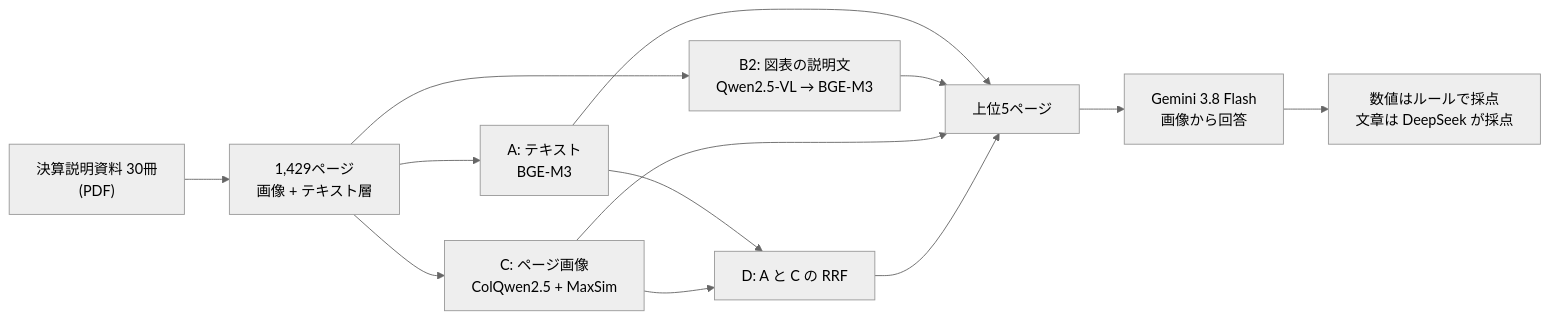
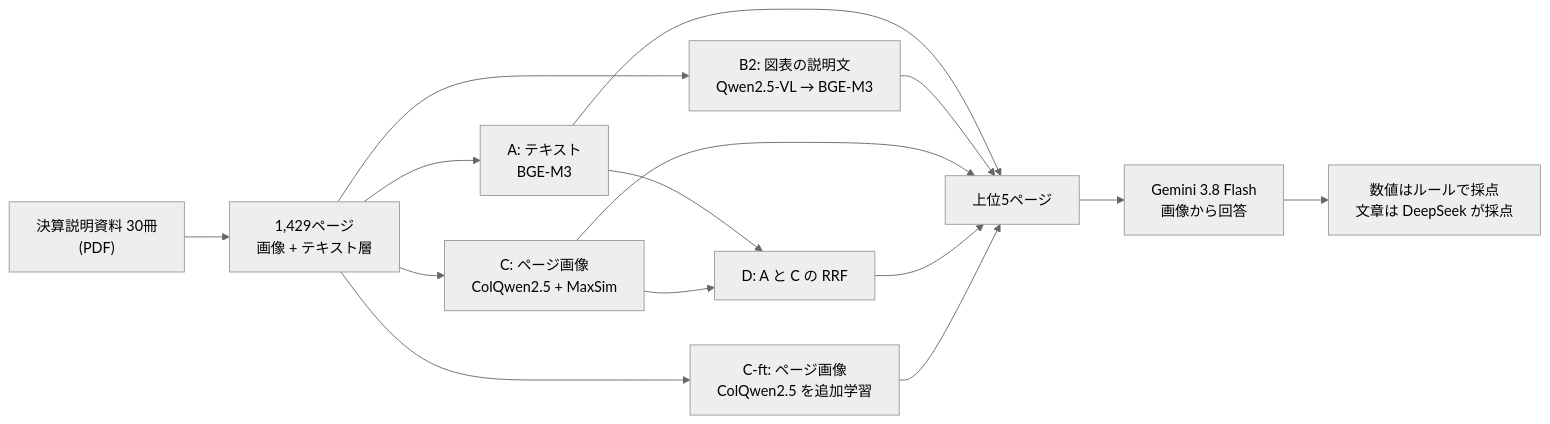
The diagram in README.ja.md (Rimcat-JA/multimodal-rag), drawn with Mermaid (neutral theme) before and after one commit. The commit also changed other lines of this file and 15 other files, not shown here.

````diff
--- a/README.ja.md
+++ b/README.ja.md
@@ -14,12 +15,13 @@
 ```mermaid
 flowchart LR
     pdf["決算説明資料 30冊<br/>(PDF)"] --> pages["1,429ページ<br/>画像 + テキスト層"]
     pages --> A["A: テキスト<br/>BGE-M3"]
     pages --> B2["B2: 図表の説明文<br/>Qwen2.5-VL → BGE-M3"]
     pages --> C["C: ページ画像<br/>ColQwen2.5 + MaxSim"]
+    pages --> Cft["C-ft: ページ画像<br/>ColQwen2.5 を追加学習"]
     A --> D["D: A と C の RRF"]
     C --> D
-    A & B2 & C & D --> top["上位5ページ"]
+    A & B2 & C & D & Cft --> top["上位5ページ"]
     top --> gen["Gemini 3.8 Flash<br/>画像から回答"]
     gen --> grade["数値はルールで採点<br/>文章は DeepSeek が採点"]
 ```
````
